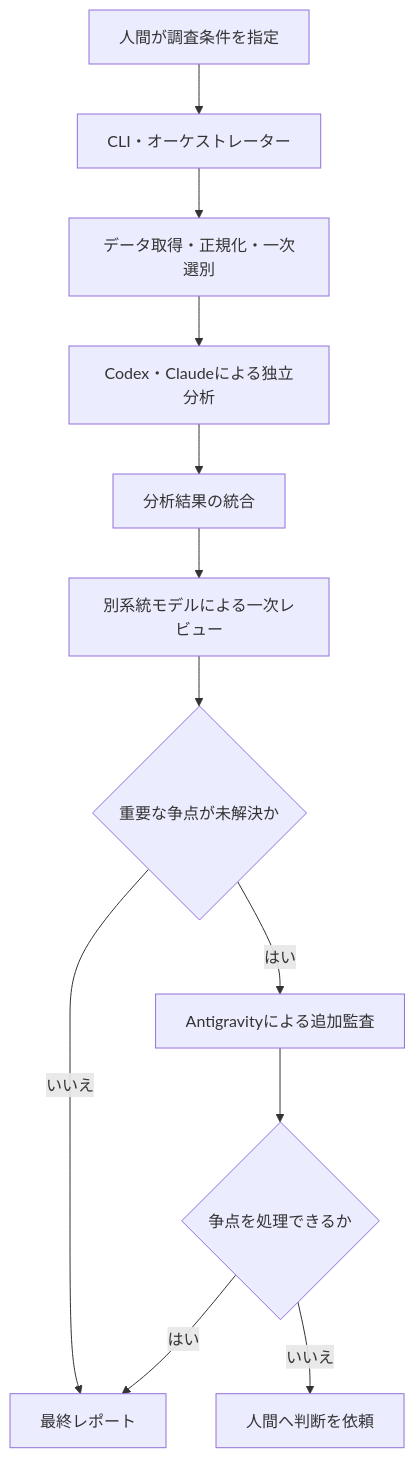
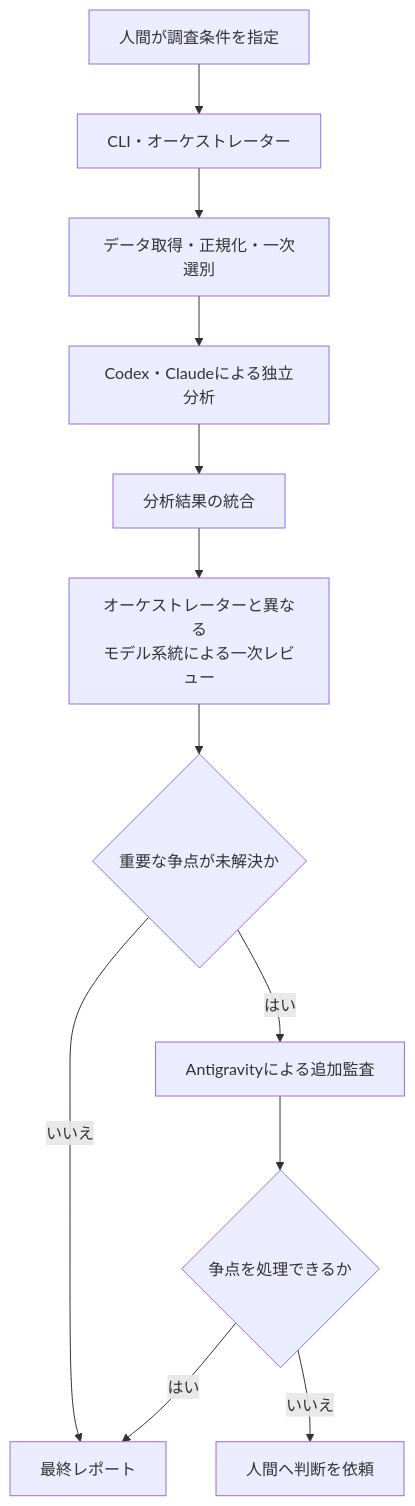
One commit to toike08D17012/system-trade-with-llm-orchestrator changed the diagram in README.md. Above: the diagram before and after it, drawn with Mermaid. The commit also changed other lines of this file and 3 other files, not shown here.

````diff
--- a/README.md
+++ b/README.md
@@ -41,14 +41,14 @@
 ```mermaid
 flowchart TD
     H["人間が調査条件を指定"] --> C["CLI・オーケストレーター"]
     C --> D["データ取得・正規化・一次選別"]
     D --> W["Codex・Claudeによる独立分析"]
     W --> S["分析結果の統合"]
-    S --> R["別系統モデルによる一次レビュー"]
+    S --> R["オーケストレーターと異なる<br/>モデル系統による一次レビュー"]
     R --> J{"重要な争点が未解決か"}
     J -->|いいえ| F["最終レポート"]
     J -->|はい| A["Antigravityによる追加監査"]
     A --> P{"争点を処理できるか"}
     P -->|はい| F
     P -->|いいえ| E["人間へ判断を依頼"]
 ```
````
